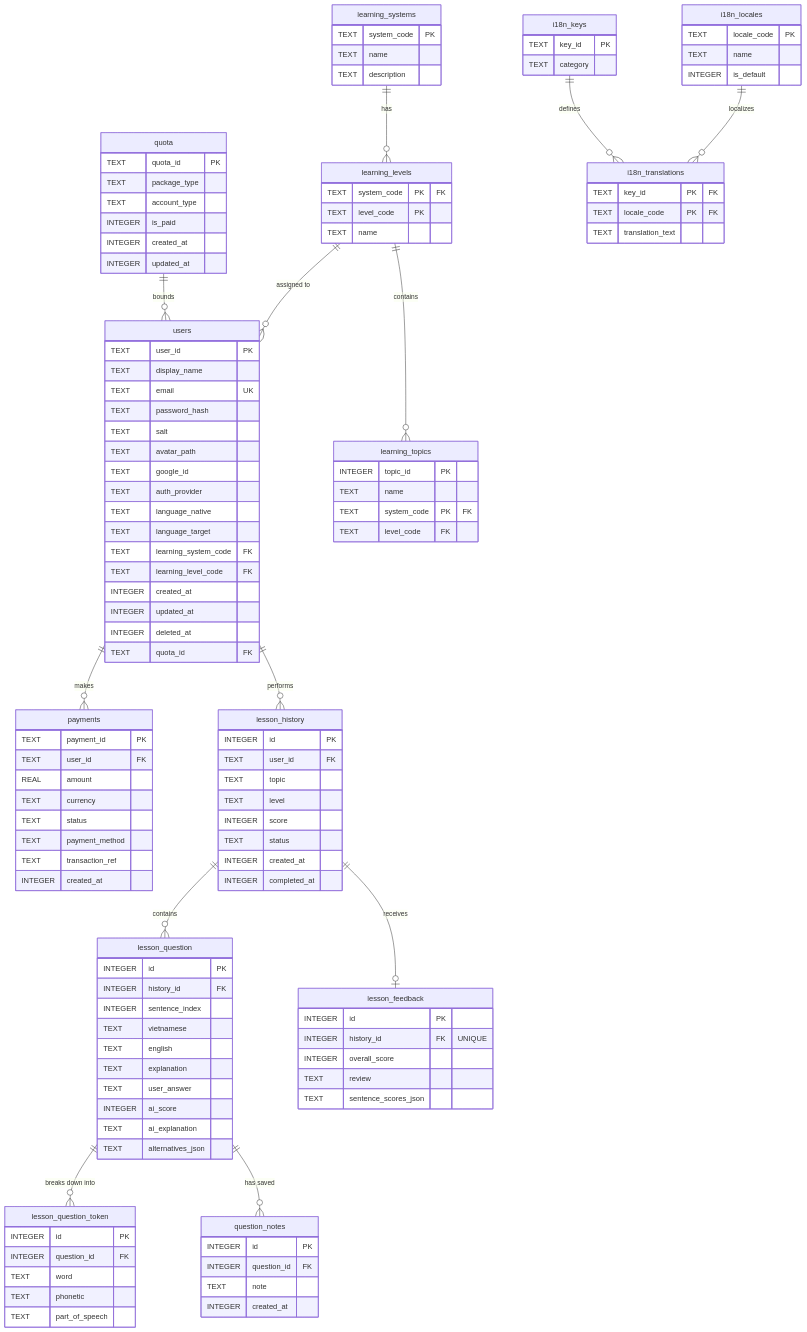
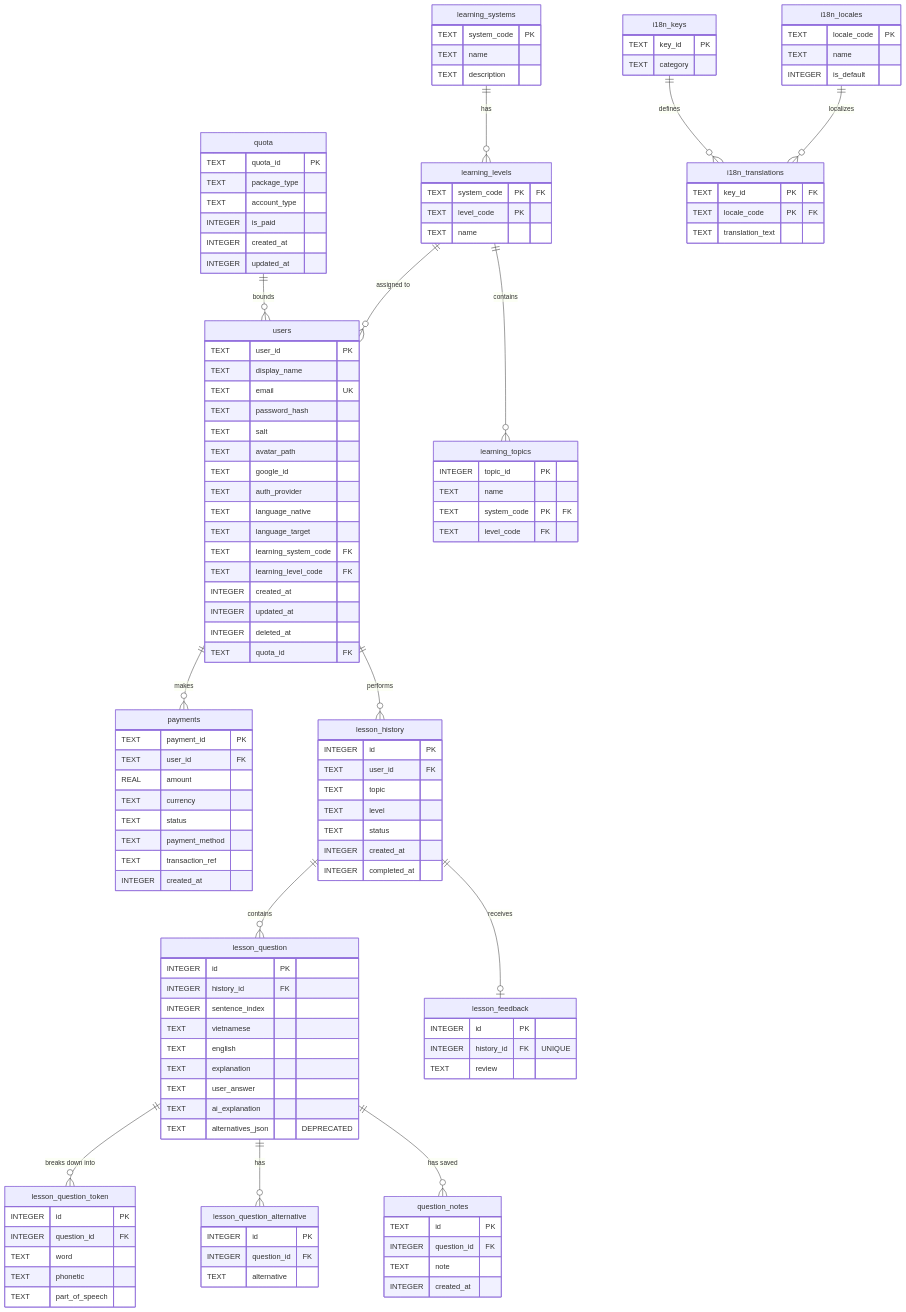
The diagram in docs/database_schema.md (vinh-gogo/ai-english), drawn with Mermaid before and after one commit. The commit also changed other lines of this file, not shown here.

Commit message:
Docs: Sync database_schema.md with current relational DB implementation

````diff
--- a/docs/database_schema.md
+++ b/docs/database_schema.md
@@ -86,7 +86,6 @@
         TEXT user_id FK
         TEXT topic
         TEXT level
-        INTEGER score
         TEXT status
         INTEGER created_at
         INTEGER completed_at
@@ -100,9 +99,14 @@
         TEXT english
         TEXT explanation
         TEXT user_answer
-        INTEGER ai_score
         TEXT ai_explanation
-        TEXT alternatives_json
+        TEXT alternatives_json "DEPRECATED"
+    }
+
+    lesson_question_alternative {
+        INTEGER id PK
+        INTEGER question_id FK
+        TEXT alternative
     }
 
     lesson_question_token {
@@ -116,13 +120,11 @@
     lesson_feedback {
         INTEGER id PK
         INTEGER history_id FK "UNIQUE"
-        INTEGER overall_score
         TEXT review
-        TEXT sentence_scores_json
     }
 
     question_notes {
-        INTEGER id PK
+        TEXT id PK
         INTEGER question_id FK
         TEXT note
         INTEGER created_at
@@ -142,5 +144,6 @@
     lesson_history ||--o{ lesson_question : "contains"
     lesson_history ||--o| lesson_feedback : "receives"
     lesson_question ||--o{ lesson_question_token : "breaks down into"
+    lesson_question ||--o{ lesson_question_alternative : "has"
     lesson_question ||--o{ question_notes : "has saved"
 ```
````
